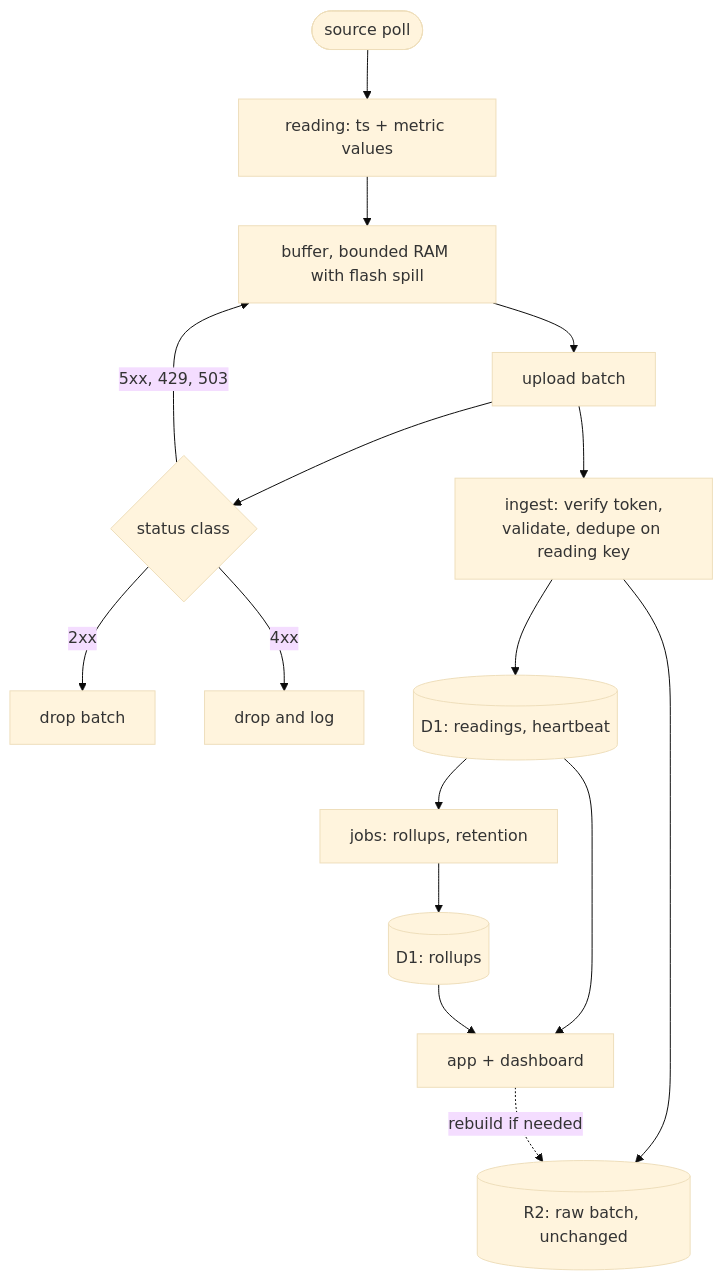
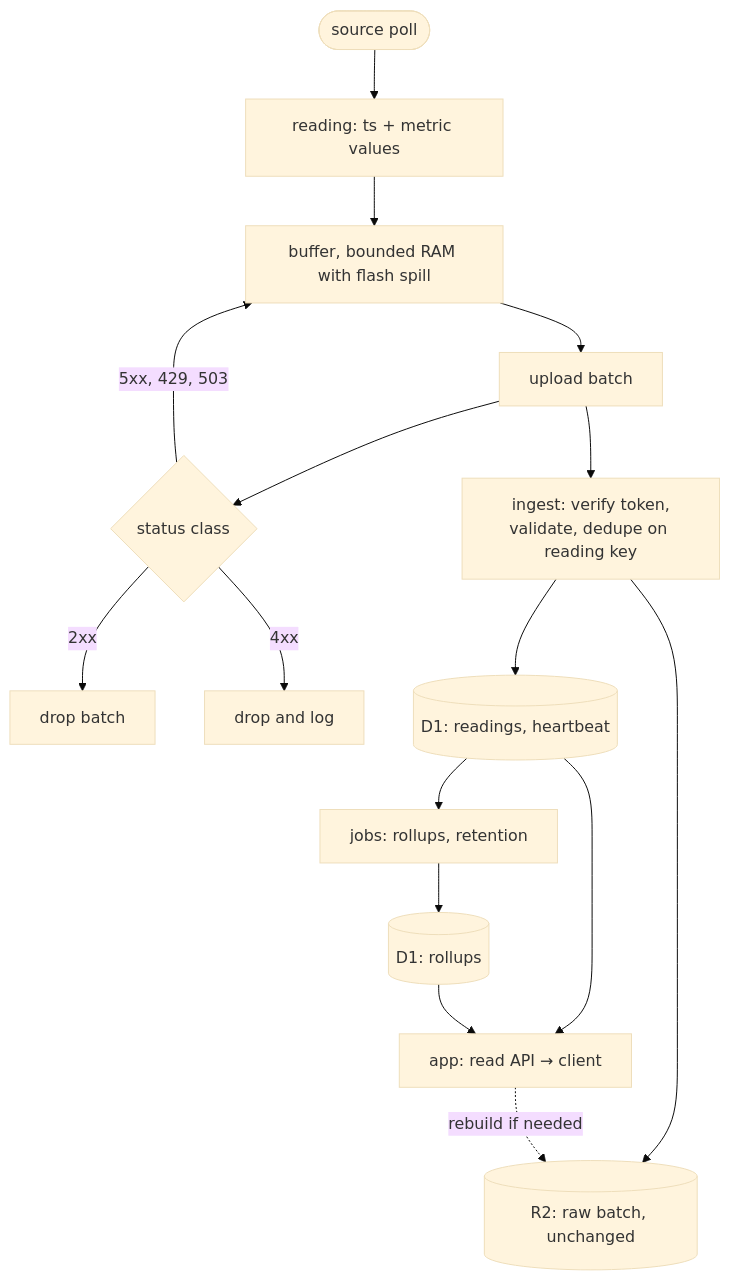
Before and after one commit to fabbrito/magellan-cloud: the second of 2 diagrams in docs/DESIGN.md, drawn with Mermaid (base theme). The commit also changed other lines of this file and 4 other files, not shown here.

````diff
--- a/docs/DESIGN.md
+++ b/docs/DESIGN.md
@@ -239,18 +235,18 @@
 ```mermaid
 flowchart TD
     A([source poll]) --> B[reading: ts + metric values]
     B --> C[buffer, bounded RAM with flash spill]
     C --> D[upload batch]
     D --> E{status class}
     E -->|2xx| F[drop batch]
     E -->|4xx| G[drop and log]
     E -->|5xx, 429, 503| C
     D --> H[ingest: verify token,<br/>validate, dedupe on reading key]
     H --> I[(R2: raw batch, unchanged)]
     H --> J[(D1: readings, heartbeat)]
     J --> K[jobs: rollups, retention]
     K --> L[(D1: rollups)]
-    J --> M[app + dashboard]
+    J --> M[app: read API → client]
     L --> M
     M -.->|rebuild if needed| I
 ```
````
